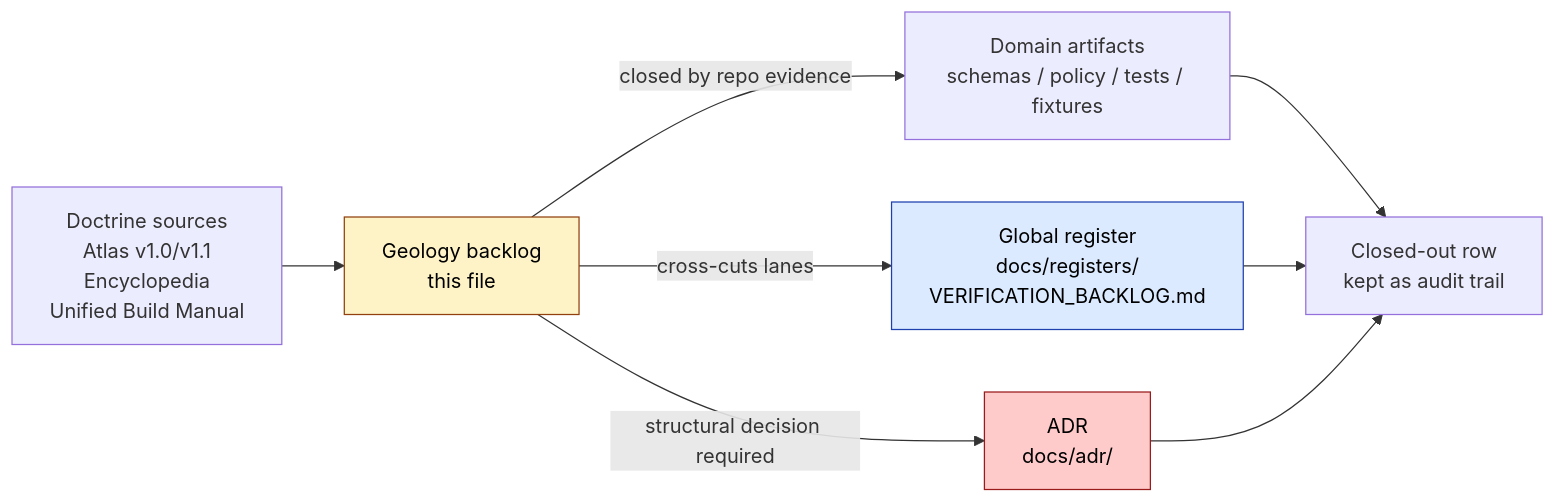
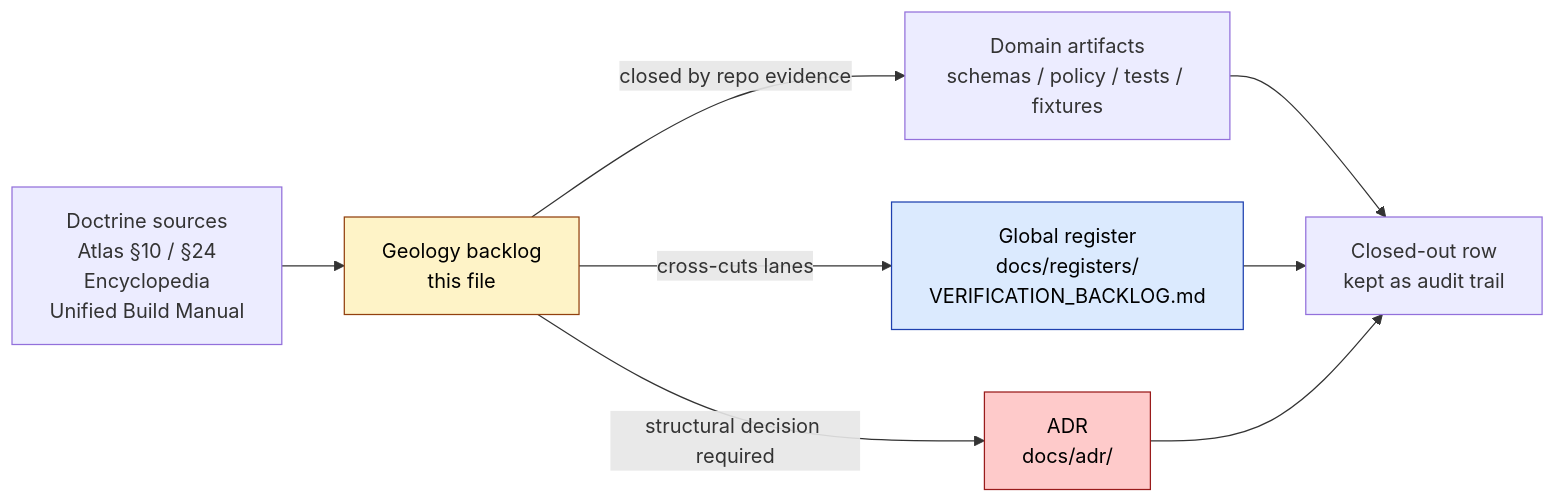
Before and after one commit to bartytime4life/Kansas-Frontier-Matrix: the first of 2 diagrams in docs/domains/geology/VERIFICATION_BACKLOG.md, drawn with Mermaid. The commit also changed other lines of this file, not shown here.

````diff
--- a/docs/domains/geology/VERIFICATION_BACKLOG.md
+++ b/docs/domains/geology/VERIFICATION_BACKLOG.md
@@ -114,17 +132,17 @@
 ```mermaid
 flowchart LR
-  A[Doctrine sources<br/>Atlas v1.0/v1.1<br/>Encyclopedia<br/>Unified Build Manual] --> B[Geology backlog<br/>this file]
-  B -->|closed by repo evidence| C[Domain artifacts<br/>schemas / policy / tests / fixtures]
-  B -->|cross-cuts lanes| D[Global register<br/>docs/registers/<br/>VERIFICATION_BACKLOG.md]
-  B -->|structural decision required| E[ADR<br/>docs/adr/]
-  C --> F[Closed-out row<br/>kept as audit trail]
+  A["Doctrine sources<br/>Atlas §10 / §24<br/>Encyclopedia<br/>Unified Build Manual"] --> B["Geology backlog<br/>this file"]
+  B -->|"closed by repo evidence"| C["Domain artifacts<br/>schemas / policy / tests / fixtures"]
+  B -->|"cross-cuts lanes"| D["Global register<br/>docs/registers/<br/>VERIFICATION_BACKLOG.md"]
+  B -->|"structural decision required"| E["ADR<br/>docs/adr/"]
+  C --> F["Closed-out row<br/>kept as audit trail"]
   D --> F
   E --> F
 
   classDef domain fill:#FEF3C7,stroke:#92400E,color:#000
   classDef global fill:#DBEAFE,stroke:#1E40AF,color:#000
   classDef adr fill:#FECACA,stroke:#991B1B,color:#000
   class B domain
   class D global
   class E adr
 ```
````
